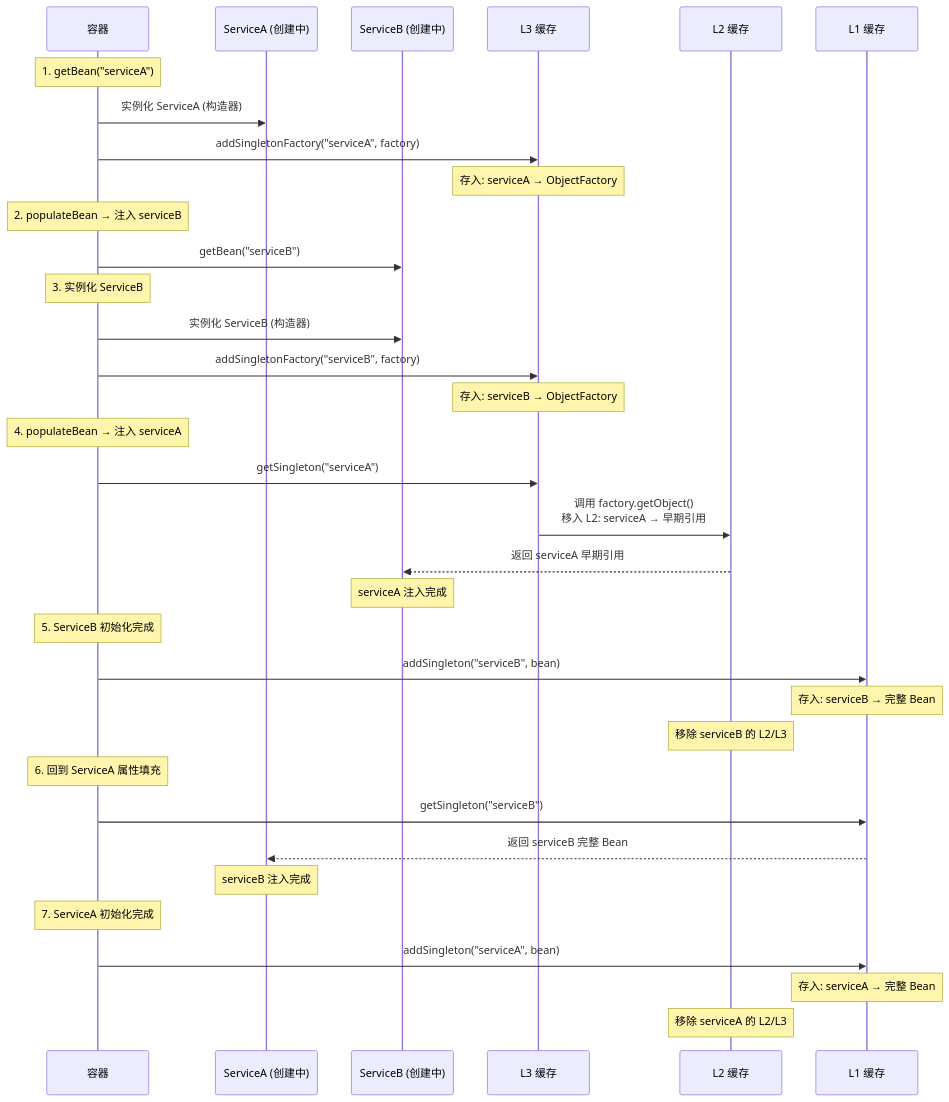
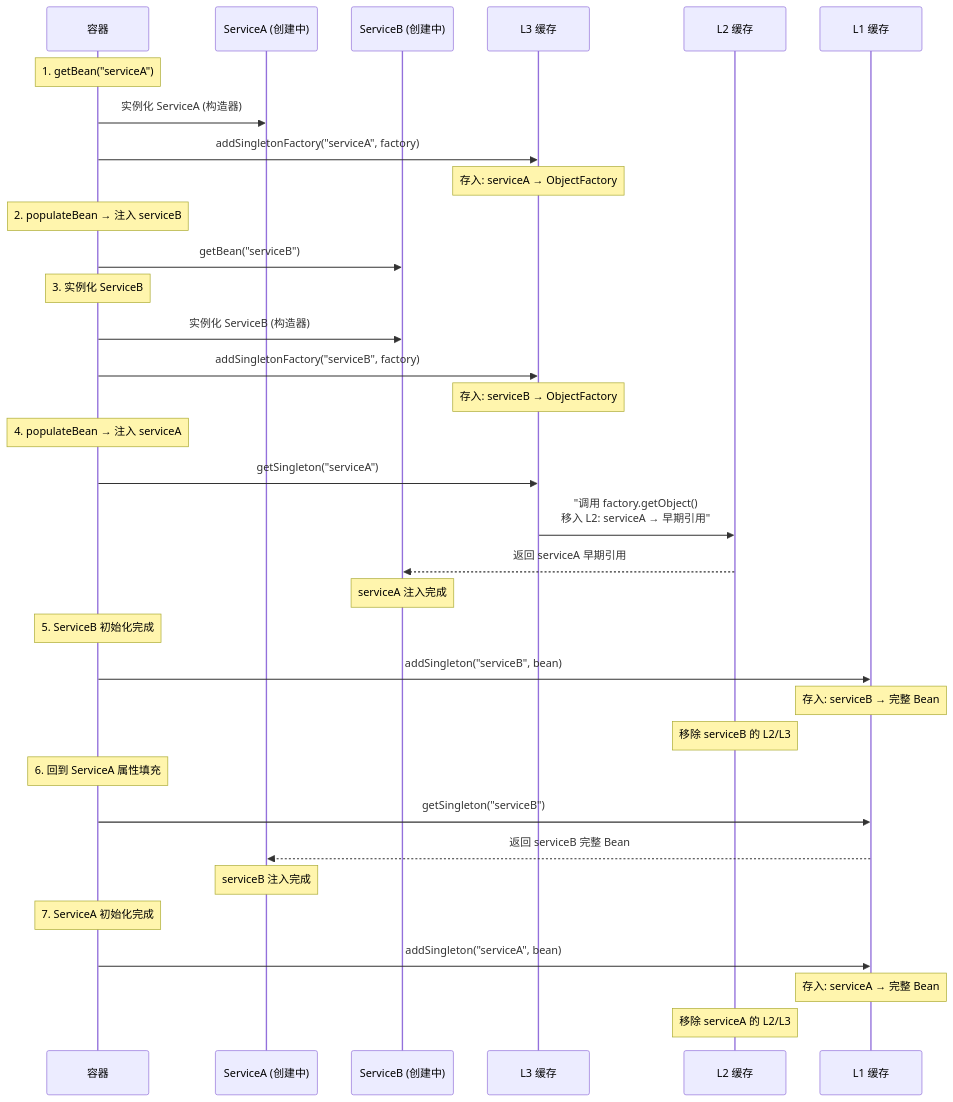
One commit to SilkLee/full-stack-guide changed diagram 15 of 33 in springboot-core-architecture.md. Above: the diagram before and after it, drawn with Mermaid. The commit also changed other lines of this file, not shown here.

Commit message:
Fix Mermaid sequenceDiagram parse errors: quote all message texts containing parentheses

````diff
--- a/springboot-core-architecture.md
+++ b/springboot-core-architecture.md
@@ -1156,43 +1156,43 @@
 ```mermaid
 sequenceDiagram
     participant C as 容器
     participant A as ServiceA (创建中)
     participant B as ServiceB (创建中)
     participant L3 as L3 缓存
     participant L2 as L2 缓存
     participant L1 as L1 缓存
     
     Note over C: 1. getBean("serviceA")
     C->>A: 实例化 ServiceA (构造器)
     C->>L3: addSingletonFactory("serviceA", factory)
     Note over L3: 存入: serviceA → ObjectFactory
     
     Note over C: 2. populateBean → 注入 serviceB
     C->>B: getBean("serviceB")
     
     Note over C: 3. 实例化 ServiceB
     C->>B: 实例化 ServiceB (构造器)
     C->>L3: addSingletonFactory("serviceB", factory)
     Note over L3: 存入: serviceB → ObjectFactory
     
     Note over C: 4. populateBean → 注入 serviceA
     C->>L3: getSingleton("serviceA")
-    L3->>L2: 调用 factory.getObject()<br/>移入 L2: serviceA → 早期引用
+    L3->>L2: "调用 factory.getObject()<br/>移入 L2: serviceA → 早期引用"
     L2-->>B: 返回 serviceA 早期引用
     Note over B: serviceA 注入完成
     
     Note over C: 5. ServiceB 初始化完成
     C->>L1: addSingleton("serviceB", bean)
     Note over L1: 存入: serviceB → 完整 Bean
     Note over L2: 移除 serviceB 的 L2/L3
     
     Note over C: 6. 回到 ServiceA 属性填充
     C->>L1: getSingleton("serviceB")
     L1-->>A: 返回 serviceB 完整 Bean
     Note over A: serviceB 注入完成
     
     Note over C: 7. ServiceA 初始化完成
     C->>L1: addSingleton("serviceA", bean)
     Note over L1: 存入: serviceA → 完整 Bean
     Note over L2: 移除 serviceA 的 L2/L3
 ```
````
